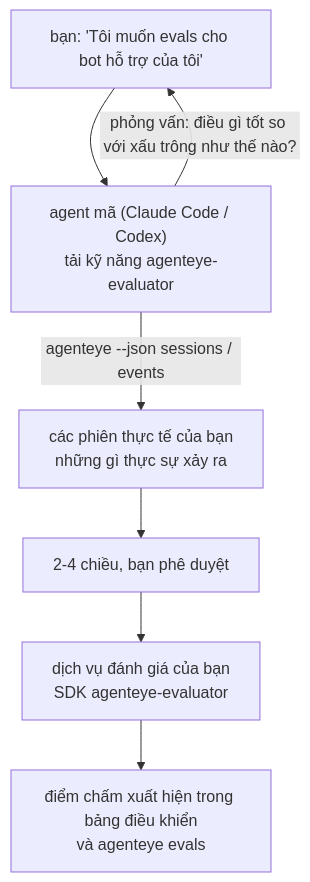
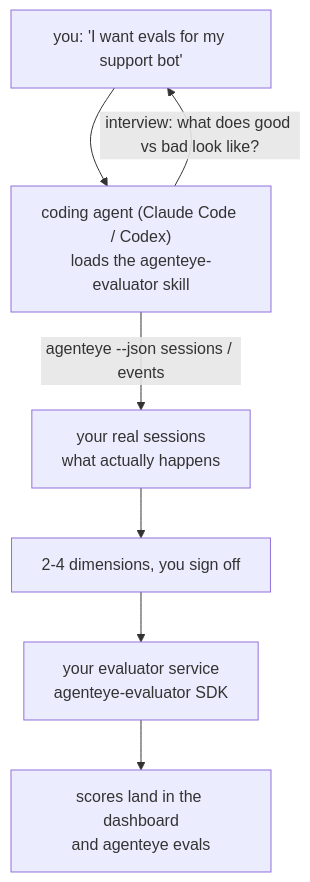
The diagram in docs/vi/agenteye/evaluator-skill.mdx (FailproofAI/failproofai), drawn with Mermaid before and after one commit. The commit also changed other lines of this file and 650 other files, not shown here.

````diff
--- a/docs/vi/agenteye/evaluator-skill.mdx
+++ b/docs/vi/agenteye/evaluator-skill.mdx
@@ -20,9 +21,9 @@
 ```mermaid
 flowchart TD
-    YOU["bạn: 'Tôi muốn evals cho bot hỗ trợ của tôi'"] --> AGENT["agent mã (Claude Code / Codex)<br/>tải kỹ năng agenteye-evaluator"]
-    AGENT -->|"phỏng vấn: điều gì tốt so với xấu trông như thế nào?"| YOU
-    AGENT -->|"agenteye --json sessions / events"| DATA["các phiên thực tế của bạn<br/>những gì thực sự xảy ra"]
-    DATA --> DIMS["2-4 chiều, bạn phê duyệt"]
-    DIMS --> SVC["dịch vụ đánh giá của bạn<br/>SDK agenteye-evaluator"]
-    SVC --> SCORES["điểm chấm xuất hiện trong bảng điều khiển<br/>và agenteye evals"]
+    YOU["you: 'I want evals for my support bot'"] --> AGENT["coding agent (Claude Code / Codex)<br/>loads the agenteye-evaluator skill"]
+    AGENT -->|"interview: what does good vs bad look like?"| YOU
+    AGENT -->|"agenteye --json sessions / events"| DATA["your real sessions<br/>what actually happens"]
+    DATA --> DIMS["2-4 dimensions, you sign off"]
+    DIMS --> SVC["your evaluator service<br/>agenteye-evaluator SDK"]
+    SVC --> SCORES["scores land in the dashboard<br/>and agenteye evals"]
 ```
````
